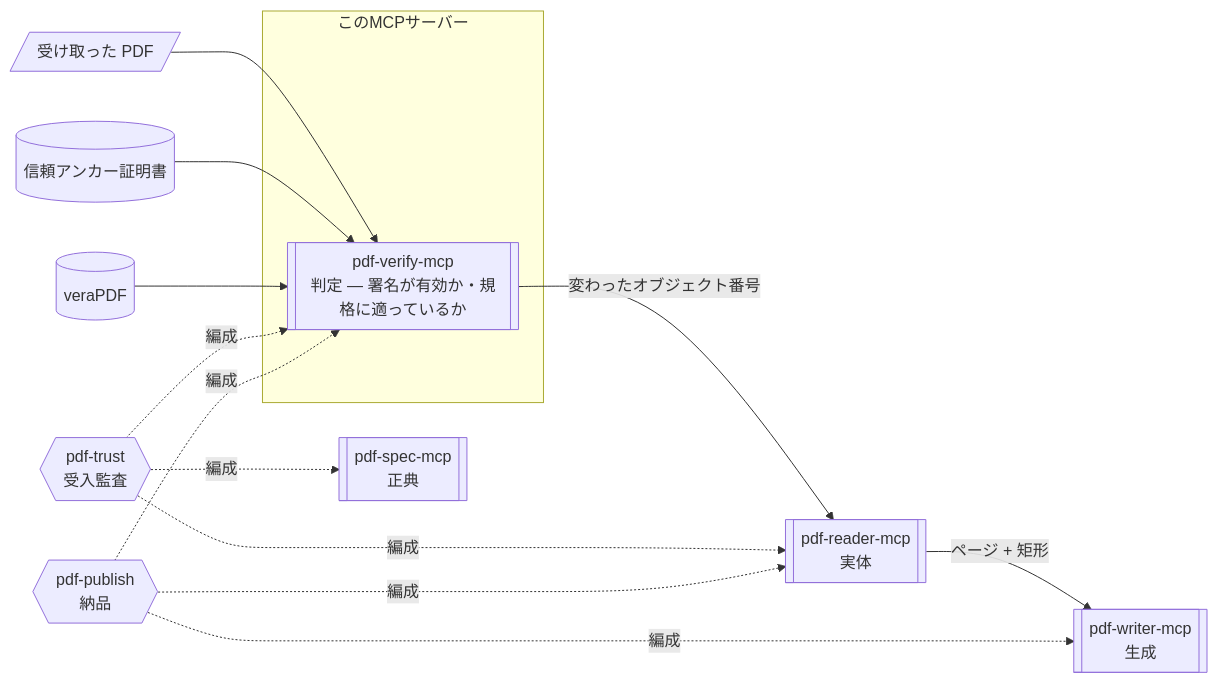
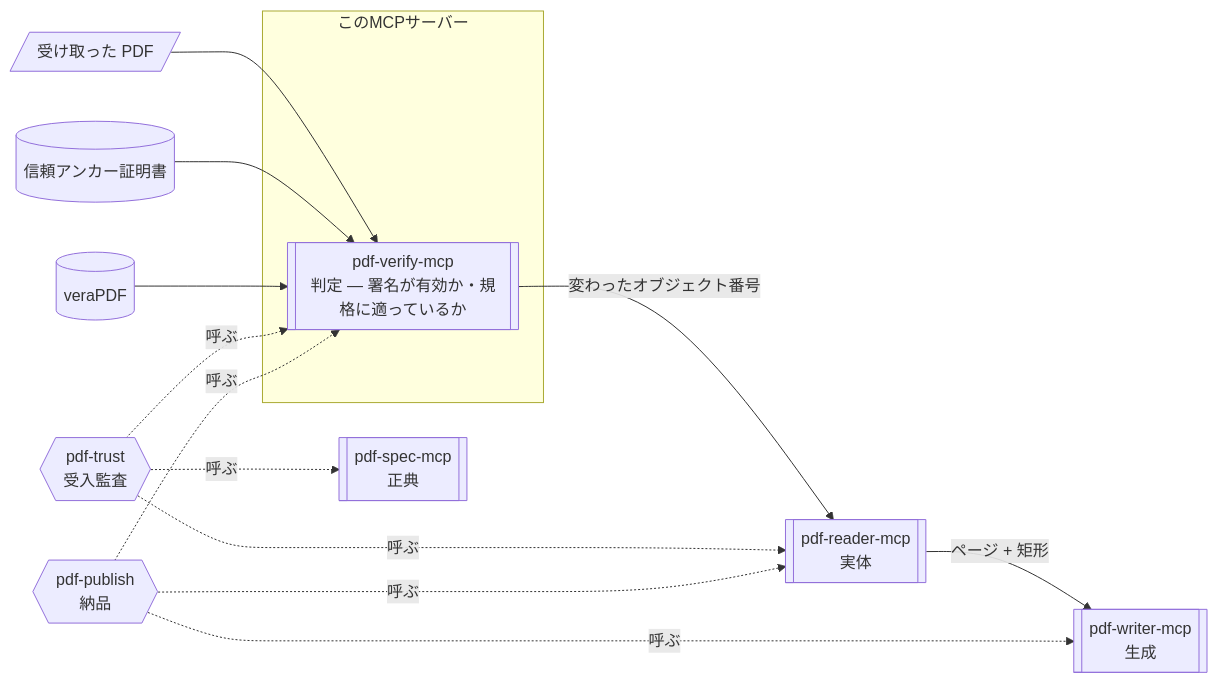
The diagram in site/docs/ja/mcp/pdf-verify.md (shuji-bonji/pdf-agent-stack), drawn with Mermaid before and after one commit. The commit also changed other lines of this file and 19 other files, not shown here.

````diff
--- a/site/docs/ja/mcp/pdf-verify.md
+++ b/site/docs/ja/mcp/pdf-verify.md
@@ -35,17 +35,17 @@
 ```mermaid
 graph LR
   TARGET[/"受け取った PDF"/] --> VERIFY
   ANCHORS[("信頼アンカー証明書")] --> VERIFY
   VERA[("veraPDF")] --> VERIFY
 
   subgraph SELF["このMCPサーバー"]
     VERIFY[["pdf-verify-mcp<br>判定 — 署名が有効か・規格に適っているか"]]
   end
 
   VERIFY -->|変わったオブジェクト番号| READER[["pdf-reader-mcp<br>実体"]]
   READER -->|ページ + 矩形| WRITER[["pdf-writer-mcp<br>生成"]]
   SPEC[["pdf-spec-mcp<br>正典"]]
 
-  TRUST{{"pdf-trust<br>受入監査"}} -.->|編成| VERIFY & READER & SPEC
-  PUBLISH{{"pdf-publish<br>納品"}} -.->|編成| WRITER & READER & VERIFY
+  TRUST{{"pdf-trust<br>受入監査"}} -.->|呼ぶ| VERIFY & READER & SPEC
+  PUBLISH{{"pdf-publish<br>納品"}} -.->|呼ぶ| WRITER & READER & VERIFY
 ```
````
